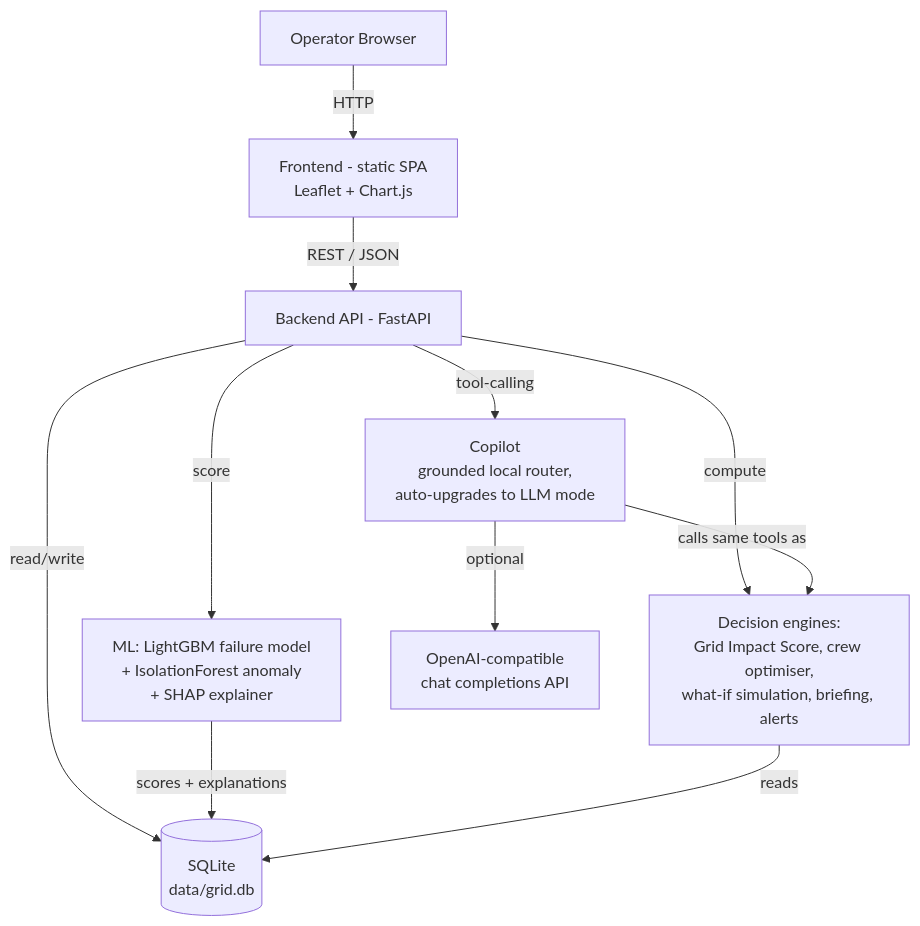
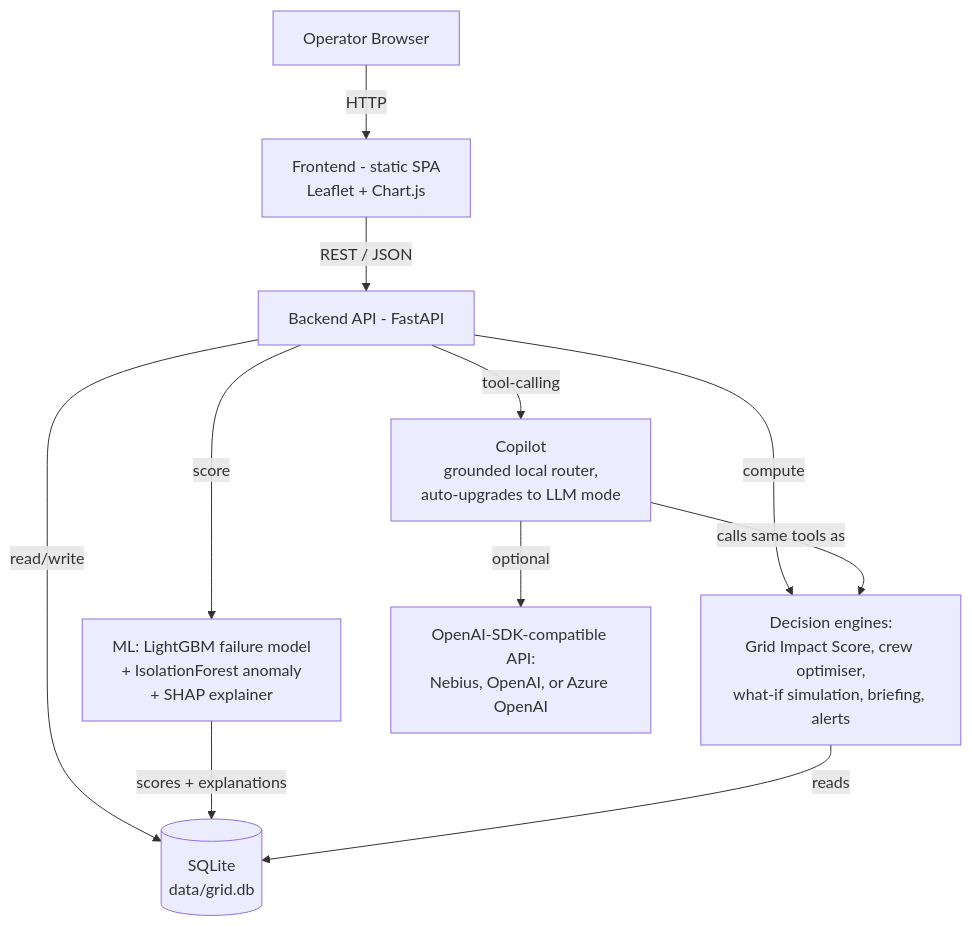
Before and after one commit to shreylakhtaria/bob-ai-hackathon-Nirmaan: the diagram in docs/architecture.md, drawn with Mermaid. The commit also changed other lines of this file and 9 other files, not shown here.

````diff
--- a/docs/architecture.md
+++ b/docs/architecture.md
@@ -5,13 +5,13 @@
 ```mermaid
 graph TD
     A[Operator Browser] -->|HTTP| B[Frontend - static SPA<br/>Leaflet + Chart.js]
     B -->|REST / JSON| C[Backend API - FastAPI]
     C -->|read/write| E[(SQLite<br/>data/grid.db)]
     C -->|score| D[ML: LightGBM failure model<br/>+ IsolationForest anomaly<br/>+ SHAP explainer]
     C -->|compute| G[Decision engines:<br/>Grid Impact Score, crew optimiser,<br/>what-if simulation, briefing, alerts]
     C -->|tool-calling| H[Copilot<br/>grounded local router,<br/>auto-upgrades to LLM mode]
-    H -->|optional| I[OpenAI-compatible<br/>chat completions API]
+    H -->|optional| I[OpenAI-SDK-compatible API:<br/>Nebius, OpenAI, or Azure OpenAI]
     D -->|scores + explanations| E
     G -->|reads| E
     H -->|calls same tools as| G
 ```
````
